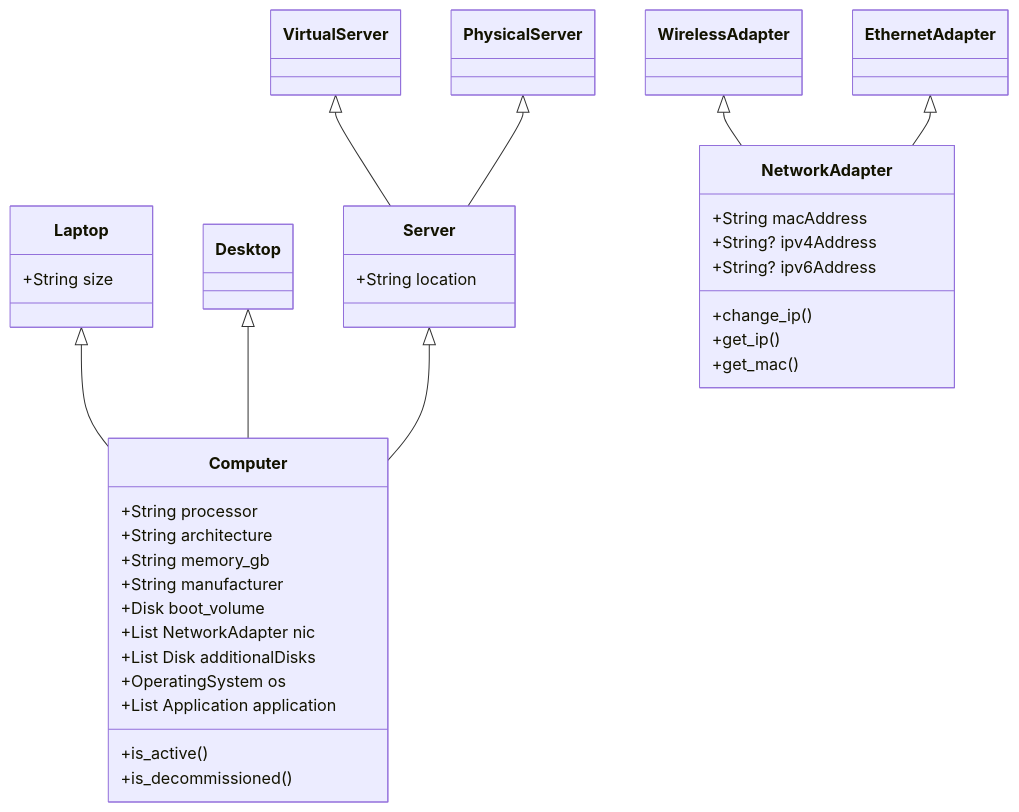
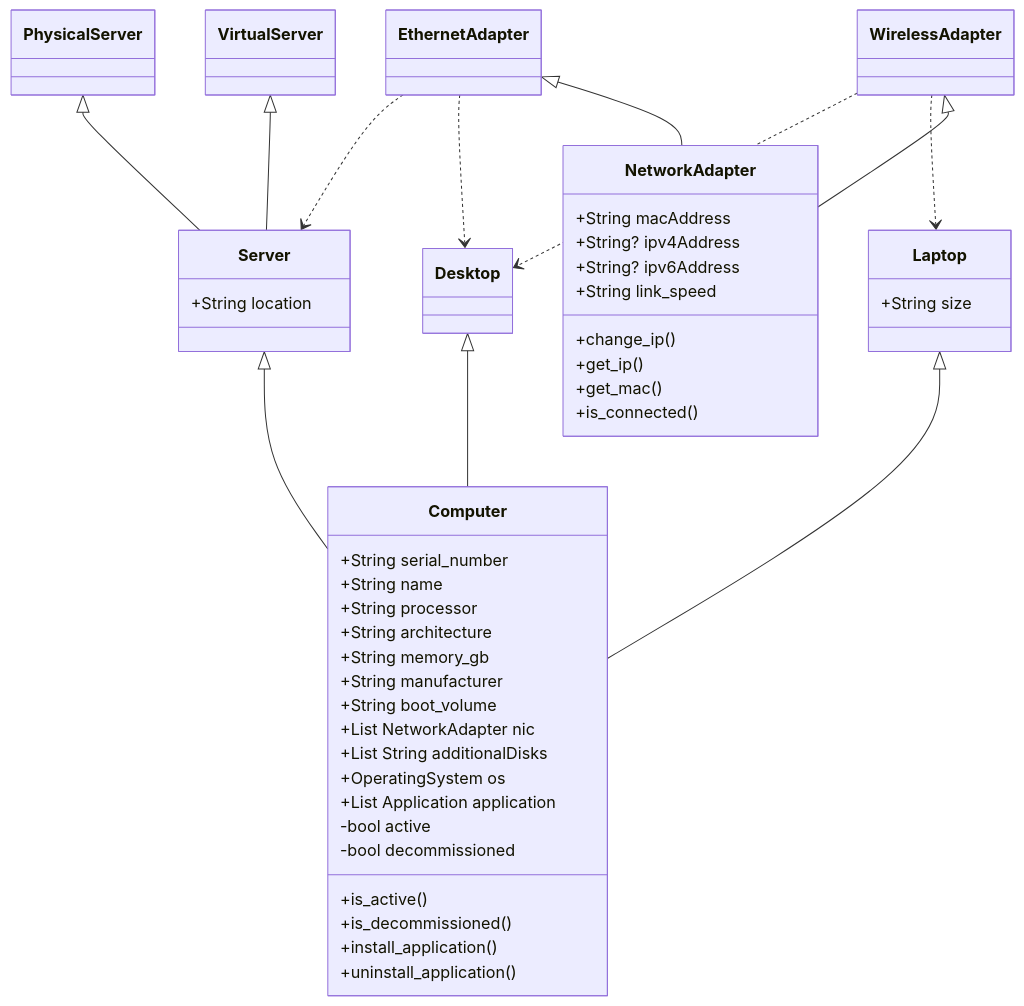
One commit to clsmith70/tech-assayer changed the first of 2 diagrams in README.md. Above: the diagram before and after it, drawn with Mermaid. The commit also changed other lines of this file, not shown here.

Commit message:
Update diagrams

````diff
--- a/README.md
+++ b/README.md
@@ -9,35 +9,48 @@
 ```mermaid
     classDiagram
         Laptop <|-- Computer
         Desktop <|-- Computer
         Server <|-- Computer
         VirtualServer <|-- Server
         PhysicalServer <|-- Server
         Server : +String location
         Laptop : +String size
         WirelessAdapter <|-- NetworkAdapter
         EthernetAdapter <|-- NetworkAdapter
+        WirelessAdapter ..> Laptop
+        WirelessAdapter ..> Desktop
+        EthernetAdapter ..> Desktop
+        EthernetAdapter ..> Server
         
         class Computer{
+            +String serial_number
+            +String name
             +String processor
             +String architecture
             +String memory_gb
             +String manufacturer
-            +Disk boot_volume
+            +String boot_volume
             +List NetworkAdapter nic
-            +List Disk additionalDisks
+            +List String additionalDisks
             +OperatingSystem os
             +List Application application
+            -bool active
+            -bool decommissioned
+            
             +is_active()
             +is_decommissioned()
+            +install_application()
+            +uninstall_application()
         }
 
         class NetworkAdapter {
             +String macAddress
             +String? ipv4Address
             +String? ipv6Address
+            +String link_speed
             +change_ip()
             +get_ip()
             +get_mac()
+            +is_connected()
         }
 ```
````
